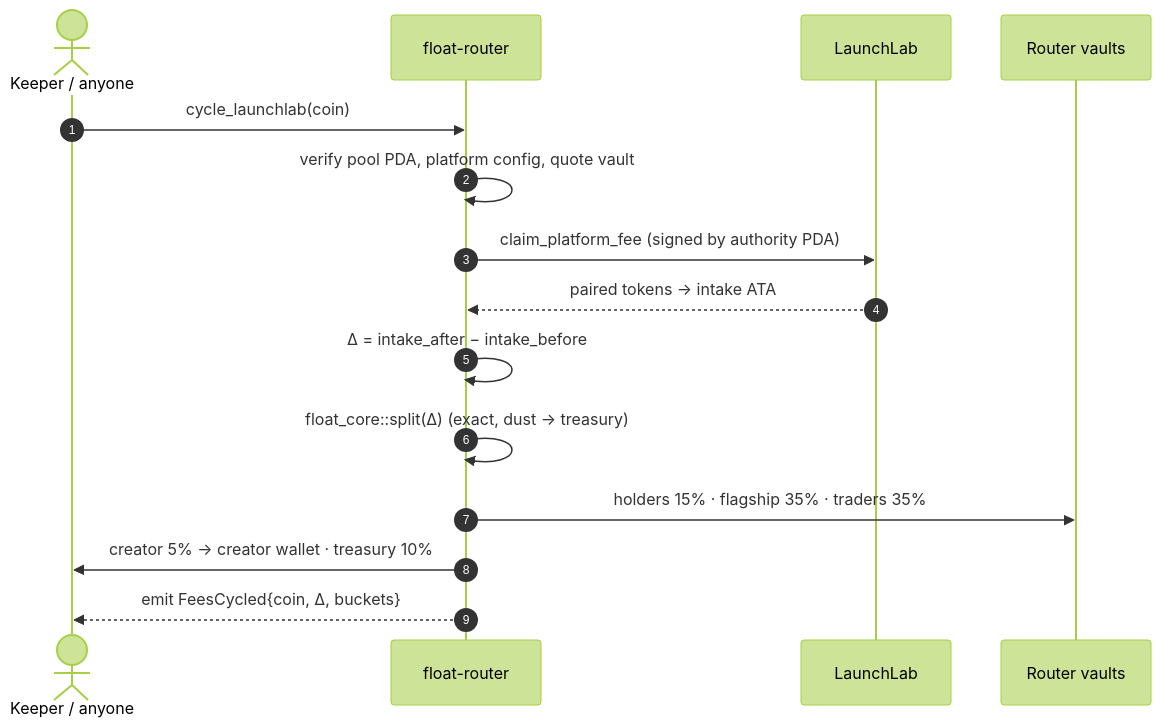
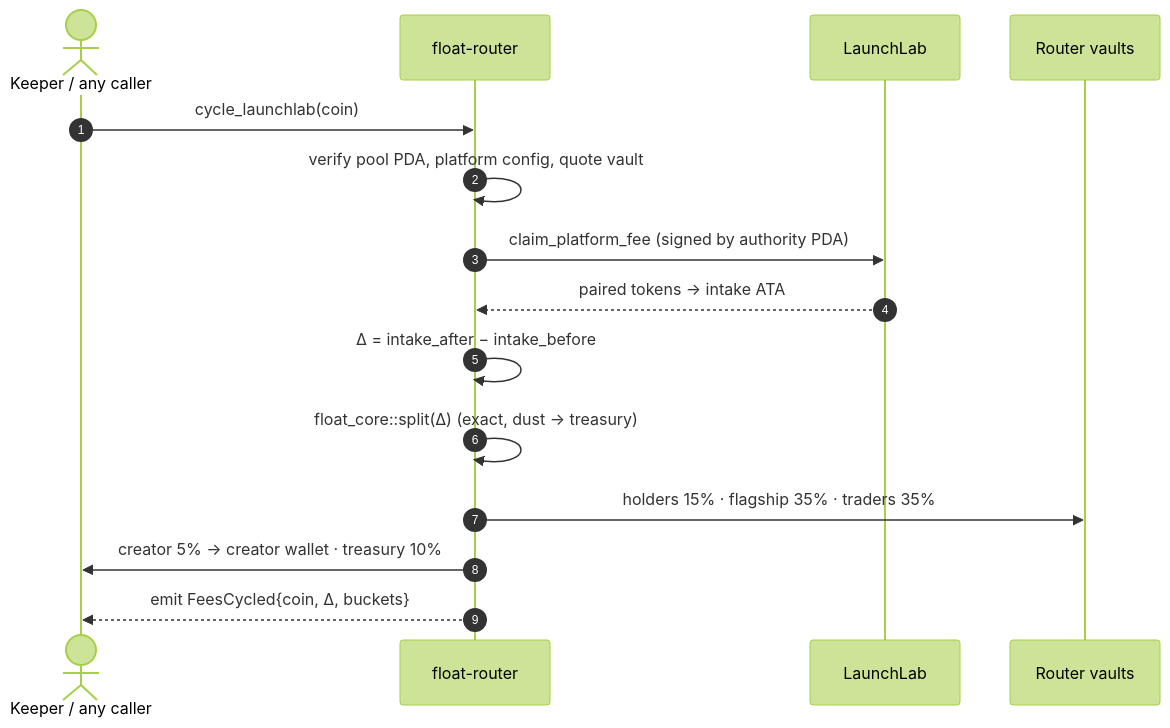
One commit to floatdotxyz/float changed the second of 2 diagrams in README.md. Above: the diagram before and after it, drawn with Mermaid (forest theme). The commit also changed other lines of this file, not shown here.

````diff
--- a/README.md
+++ b/README.md
@@ -133,17 +150,17 @@
 ```mermaid
 sequenceDiagram
   autonumber
-  actor K as Keeper / anyone
+  actor K as Keeper / any caller
   participant R as float-router
   participant L as LaunchLab
   participant V as Router vaults
   K->>R: cycle_launchlab(coin)
   R->>R: verify pool PDA, platform config, quote vault
   R->>L: claim_platform_fee (signed by authority PDA)
   L-->>R: paired tokens → intake ATA
   R->>R: Δ = intake_after − intake_before
   R->>R: float_core::split(Δ)  (exact, dust → treasury)
   R->>V: holders 15% · flagship 35% · traders 35%
   R->>K: creator 5% → creator wallet · treasury 10%
   R-->>K: emit FeesCycled{coin, Δ, buckets}
 ```
````
